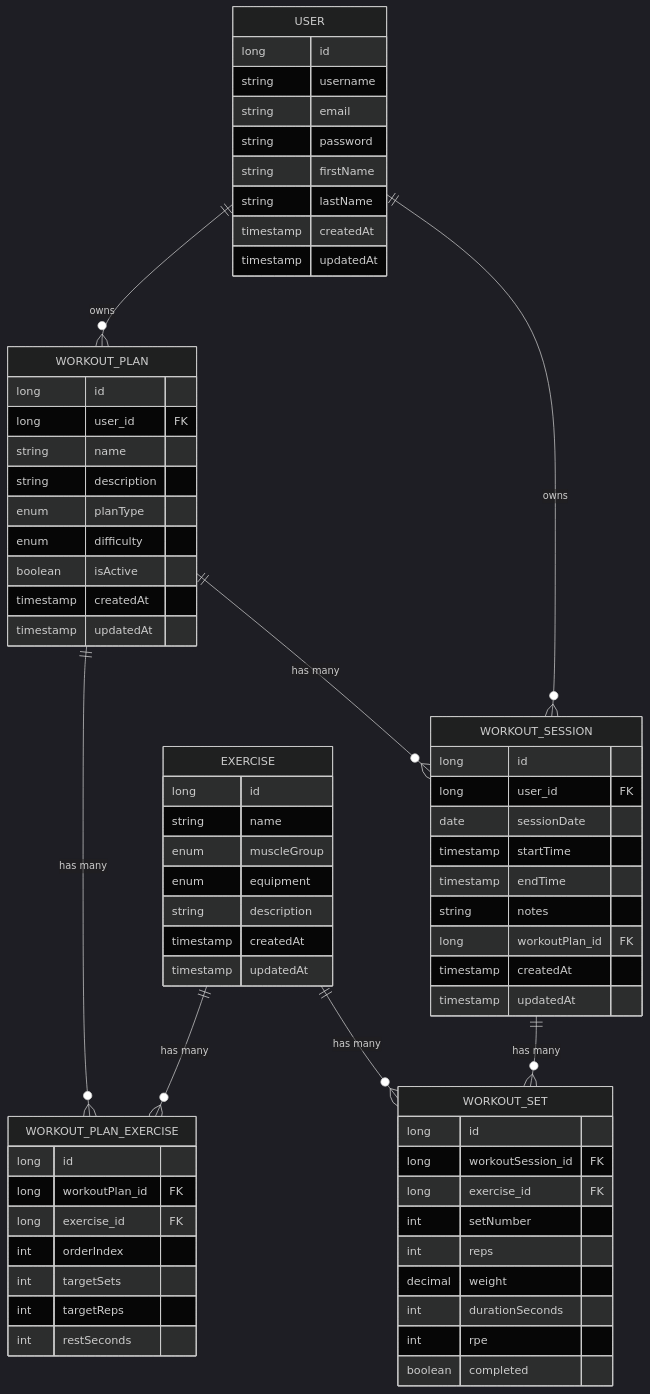
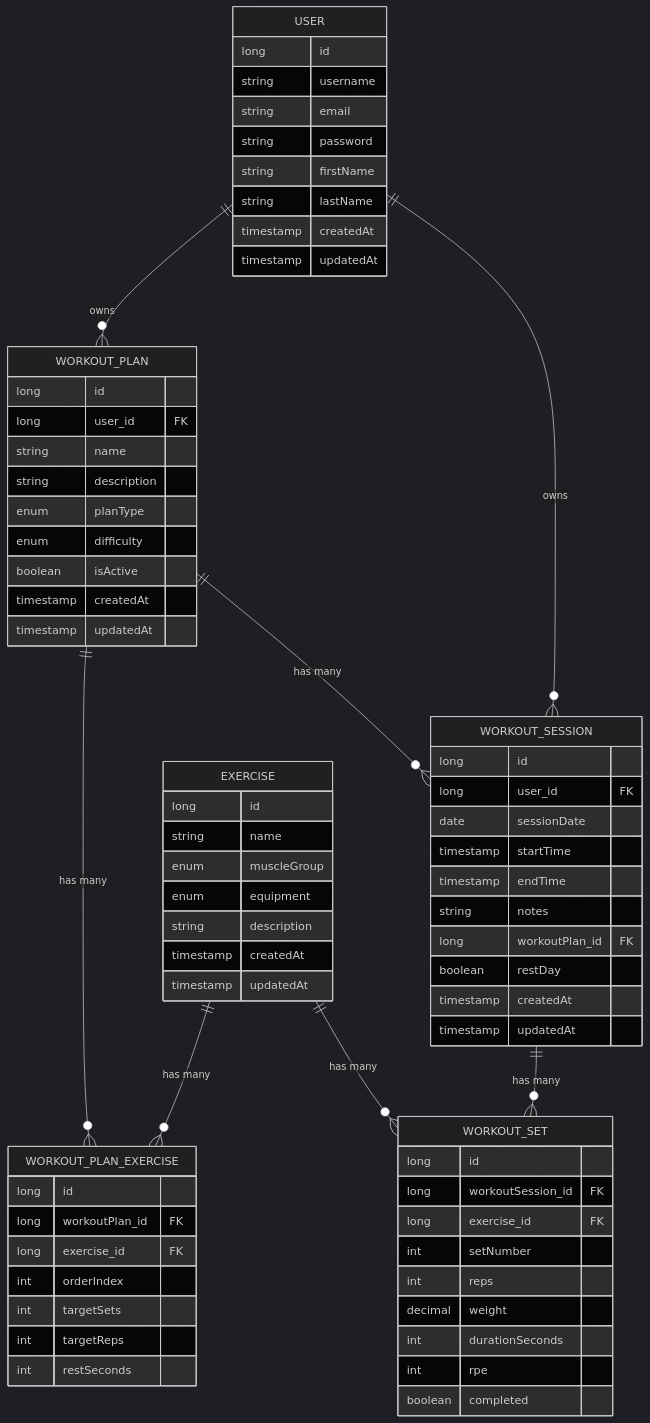
Before and after one commit to Teo9234/workout-app: the diagram in SCHEMA.md, drawn with Mermaid (dark theme). The commit also changed other lines of this file and 1 other file, not shown here.

Commit message:
Fix: restore Push Day Starter, filter single-exercise backend plans, tighten plan card spacing, update SCHEMA.md

````diff
--- a/SCHEMA.md
+++ b/SCHEMA.md
@@ -5,77 +5,78 @@
 ```mermaid
 erDiagram
     USER ||--o{ WORKOUT_PLAN : "owns"
     USER ||--o{ WORKOUT_SESSION : "owns"
     EXERCISE ||--o{ WORKOUT_PLAN_EXERCISE : "has many"
     WORKOUT_PLAN ||--o{ WORKOUT_PLAN_EXERCISE : "has many"
     WORKOUT_PLAN ||--o{ WORKOUT_SESSION : "has many"
     WORKOUT_SESSION ||--o{ WORKOUT_SET : "has many"
     EXERCISE ||--o{ WORKOUT_SET : "has many"
 
     USER {
         long id
         string username
         string email
         string password
         string firstName
         string lastName
         timestamp createdAt
         timestamp updatedAt
     }
 
     EXERCISE {
         long id
         string name
         enum muscleGroup
         enum equipment
         string description
         timestamp createdAt
         timestamp updatedAt
     }
 
     WORKOUT_PLAN {
         long id
         long user_id FK
         string name
         string description
         enum planType
         enum difficulty
         boolean isActive
         timestamp createdAt
         timestamp updatedAt
     }
 
     WORKOUT_PLAN_EXERCISE {
         long id
         long workoutPlan_id FK
         long exercise_id FK
         int orderIndex
         int targetSets
         int targetReps
         int restSeconds
     }
 
     WORKOUT_SESSION {
         long id
         long user_id FK
         date sessionDate
         timestamp startTime
         timestamp endTime
         string notes
         long workoutPlan_id FK
+        boolean restDay
         timestamp createdAt
         timestamp updatedAt
     }
 
     WORKOUT_SET {
         long id
         long workoutSession_id FK
         long exercise_id FK
         int setNumber
         int reps
         decimal weight
         int durationSeconds
         int rpe
         boolean completed
     }
 ```
````
